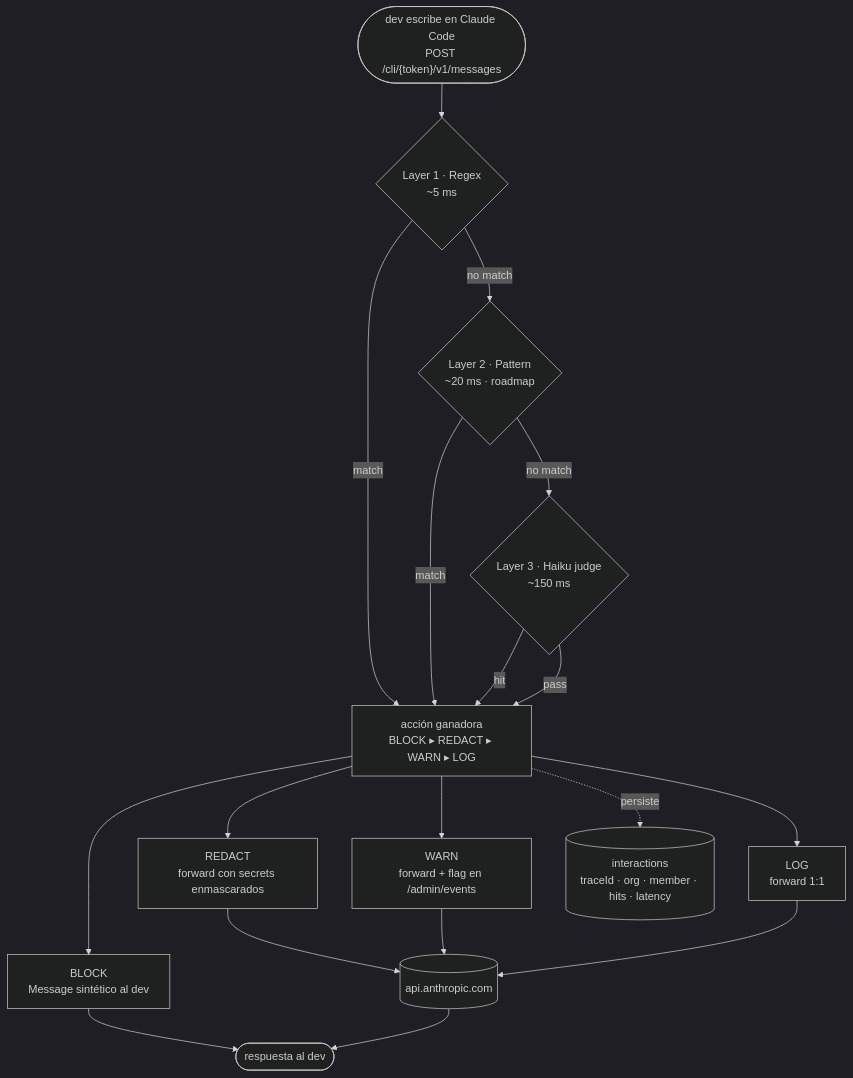
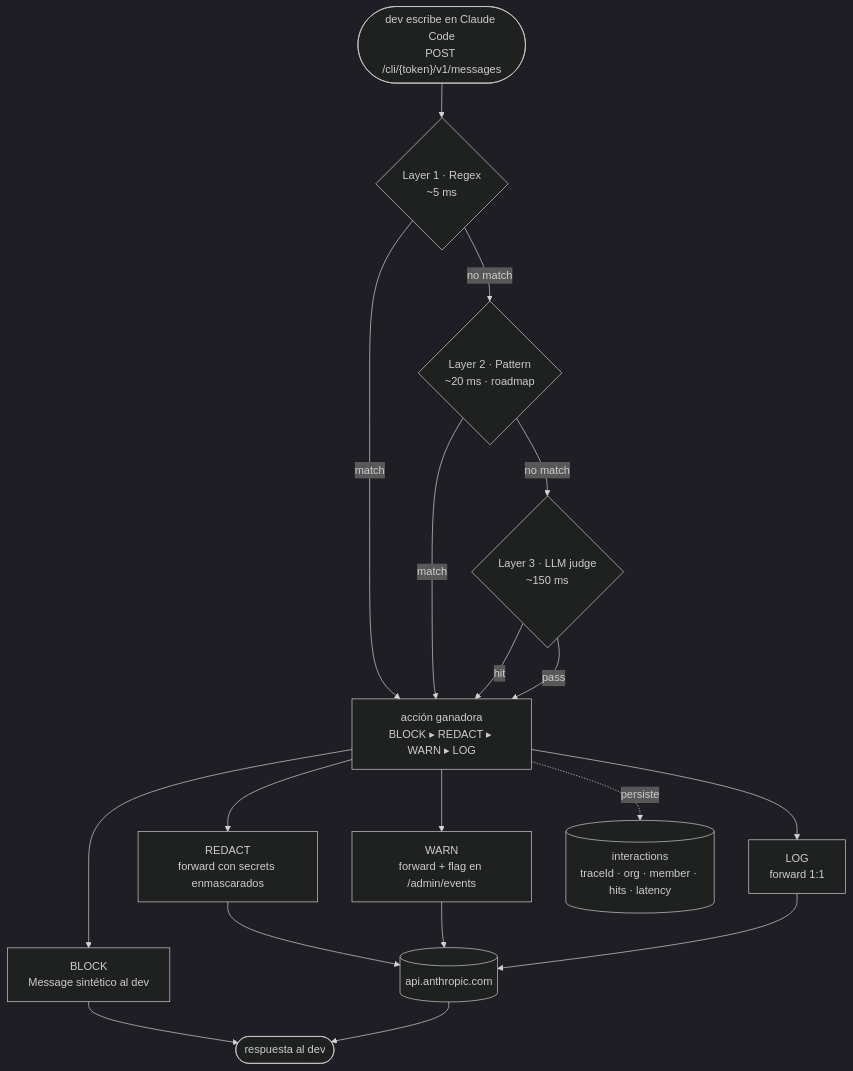
One commit to ram4-dev/security_agent_middleware changed the second of 4 diagrams in README.md. Above: the diagram before and after it, drawn with Mermaid (dark theme). The commit also changed other lines of this file and 13 other files, not shown here.

````diff
--- a/README.md
+++ b/README.md
@@ -120,38 +120,38 @@
 ```mermaid
 flowchart TB
   Req(["dev escribe en Claude Code<br/>POST /cli/{token}/v1/messages"])
   L1{"Layer 1 · Regex<br/>~5 ms"}
   L2{"Layer 2 · Pattern<br/>~20 ms · roadmap"}
-  L3{"Layer 3 · Haiku judge<br/>~150 ms"}
+  L3{"Layer 3 · LLM judge<br/>~150 ms"}
   Decide["acción ganadora<br/>BLOCK ▸ REDACT ▸ WARN ▸ LOG"]
 
   Block["BLOCK<br/>Message sintético al dev"]
   Redact["REDACT<br/>forward con secrets enmascarados"]
   Warn["WARN<br/>forward + flag en /admin/events"]
   Log["LOG<br/>forward 1:1"]
 
   Anth[("api.anthropic.com")]
   Resp(["respuesta al dev"])
   DB[("interactions<br/>traceId · org · member · hits · latency")]
 
   Req --> L1
   L1 -- match --> Decide
   L1 -- no match --> L2
   L2 -- match --> Decide
   L2 -- no match --> L3
   L3 -- hit --> Decide
   L3 -- pass --> Decide
 
   Decide --> Block
   Decide --> Redact
   Decide --> Warn
   Decide --> Log
 
   Block --> Resp
   Redact --> Anth
   Warn --> Anth
   Log --> Anth
   Anth --> Resp
 
   Decide -. persiste .-> DB
 ```
````
